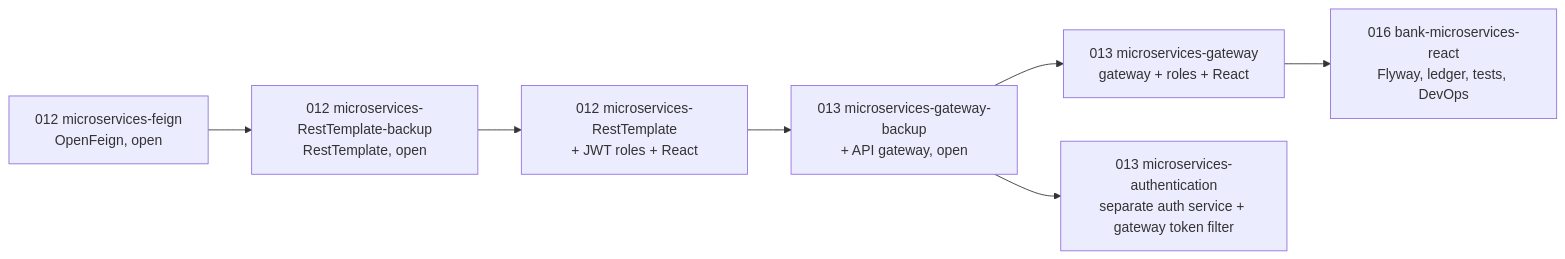
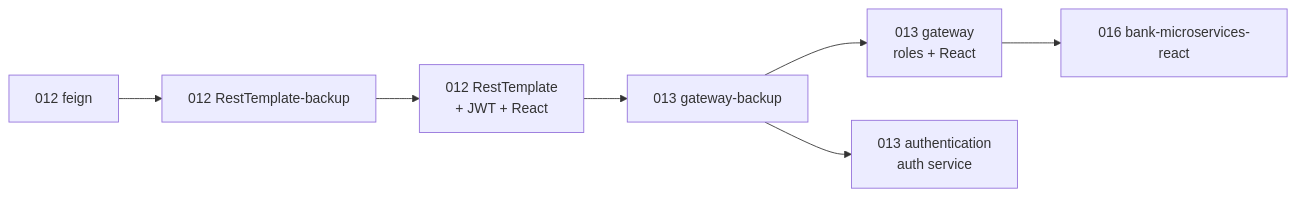
The diagram in README.md (Mohit26-BM/Java-Full-Stack), drawn with Mermaid before and after one commit. The commit also changed other lines of this file, not shown here.

````diff
--- a/README.md
+++ b/README.md
@@ -68,9 +28,6 @@
 ```mermaid
 flowchart LR
-    F["012 microservices-feign<br/>OpenFeign, open"] --> R["012 microservices-RestTemplate-backup<br/>RestTemplate, open"]
-    R --> RS["012 microservices-RestTemplate<br/>+ JWT roles + React"]
-    RS --> GB["013 microservices-gateway-backup<br/>+ API gateway, open"]
-    GB --> G["013 microservices-gateway<br/>gateway + roles + React"]
-    GB --> A["013 microservices-authentication<br/>separate auth service + gateway token filter"]
-    G --> B["016 bank-microservices-react<br/>Flyway, ledger, tests, DevOps"]
+    F["012 feign"] --> R["012 RestTemplate-backup"] --> RS["012 RestTemplate<br/>+ JWT + React"] --> GB["013 gateway-backup"]
+    GB --> G["013 gateway<br/>roles + React"] --> B["016 bank-microservices-react"]
+    GB --> A["013 authentication<br/>auth service"]
 ```
````
